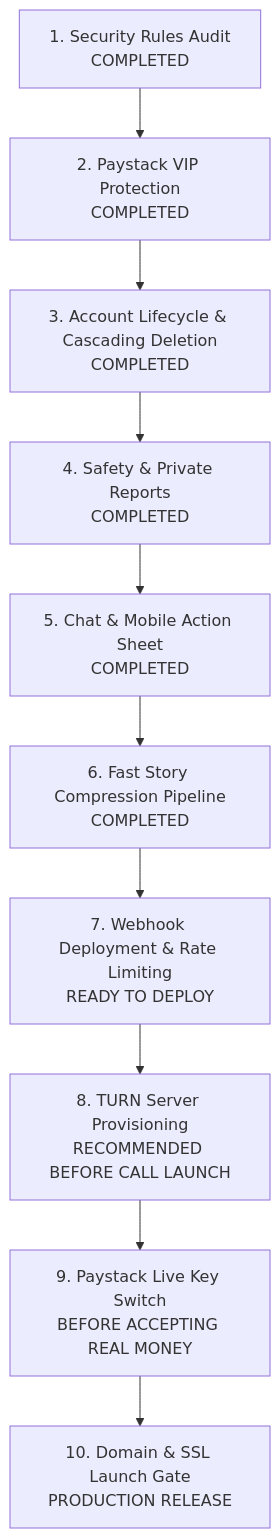
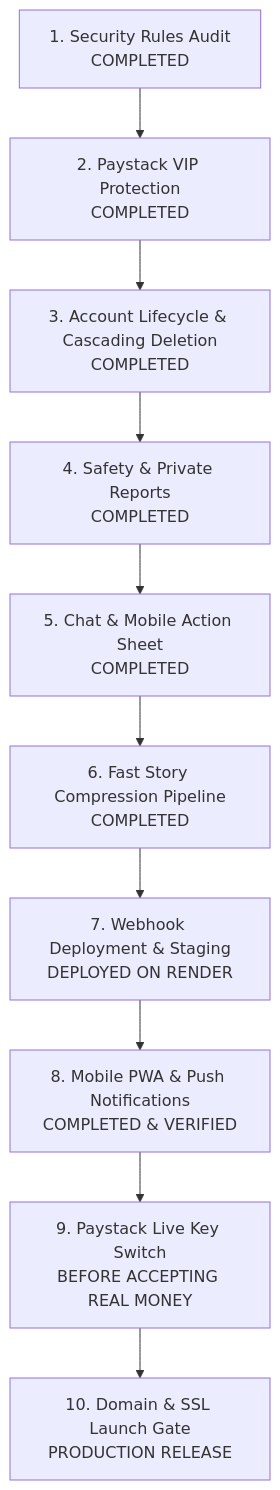
The diagram in PRODUCTION_AUDIT.md (daveemin0-sudo/matchmaker), drawn with Mermaid before and after one commit. The commit also changed other lines of this file, not shown here.

Commit message:
Update PRODUCTION_AUDIT.md with September 24 audit state, verified line numbers, and PWA native feature matrix

````diff
--- a/PRODUCTION_AUDIT.md
+++ b/PRODUCTION_AUDIT.md
@@ -175,12 +197,12 @@
 ```mermaid
 graph TD
     A[1. Security Rules Audit\nCOMPLETED] --> B[2. Paystack VIP Protection\nCOMPLETED]
     B --> C[3. Account Lifecycle & Cascading Deletion\nCOMPLETED]
     C --> D[4. Safety & Private Reports\nCOMPLETED]
     D --> E[5. Chat & Mobile Action Sheet\nCOMPLETED]
     E --> F[6. Fast Story Compression Pipeline\nCOMPLETED]
-    F --> G[7. Webhook Deployment & Rate Limiting\nREADY TO DEPLOY]
-    G --> H[8. TURN Server Provisioning\nRECOMMENDED BEFORE CALL LAUNCH]
+    F --> G[7. Webhook Deployment & Staging\nDEPLOYED ON RENDER]
+    G --> H[8. Mobile PWA & Push Notifications\nCOMPLETED & VERIFIED]
     H --> I[9. Paystack Live Key Switch\nBEFORE ACCEPTING REAL MONEY]
     I --> J[10. Domain & SSL Launch Gate\nPRODUCTION RELEASE]
 ```
````
